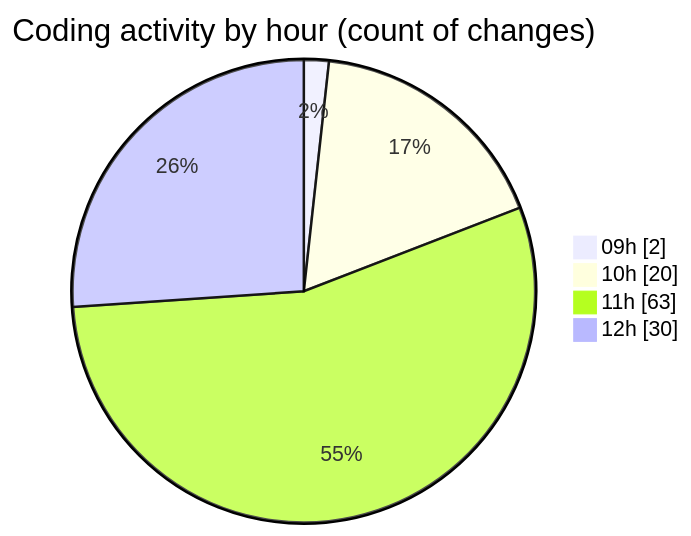
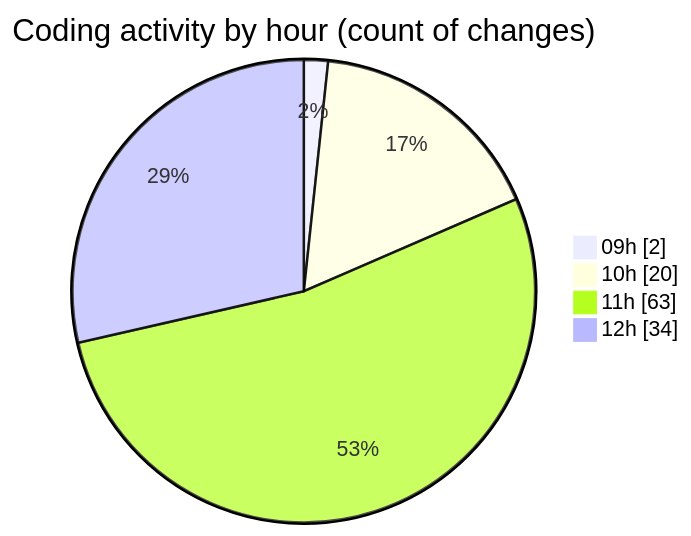
Before and after one commit to momahboobian/code-tracking: the second of 2 diagrams in 2025-04-08/cda/README.md, drawn with Mermaid. The commit also changed other lines of this file and 1 other file, not shown here.

````diff
--- a/2025-04-08/cda/README.md
+++ b/2025-04-08/cda/README.md
@@ -31,8 +31,8 @@
 ```mermaid
 pie showData
 title Coding activity by hour (count of changes)
 "09h" : 2
 "10h" : 20
 "11h" : 63
-"12h" : 30
+"12h" : 34
 ```
````
